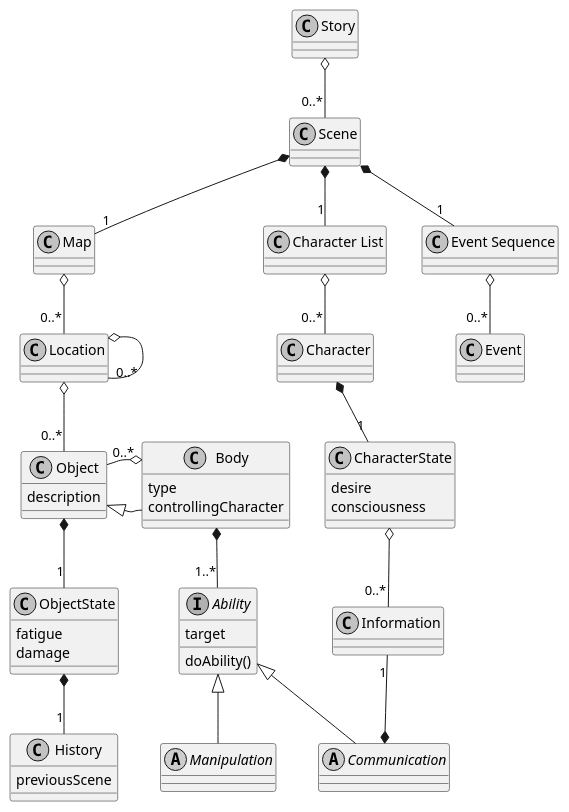
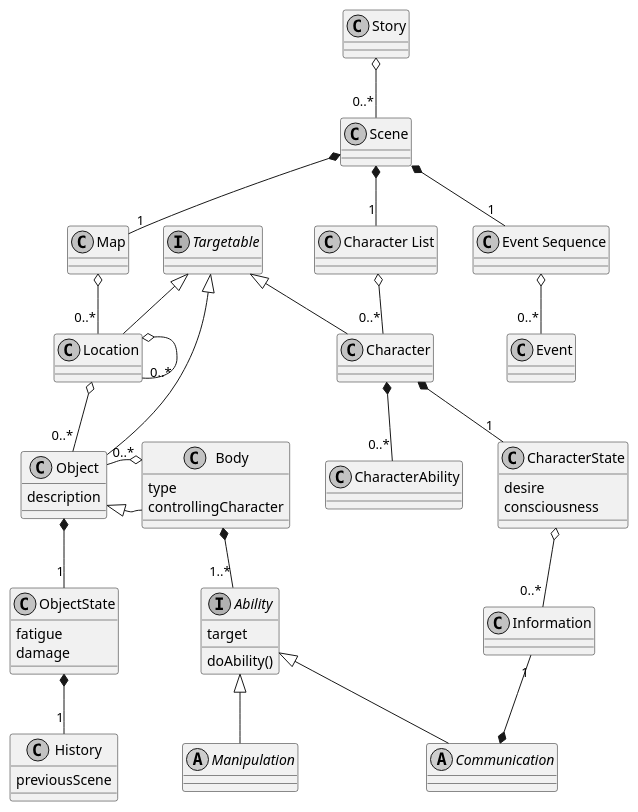
One commit to voxelv/opinunanen changed the diagram in story.puml. Above: the diagram before and after it, drawn with PlantUML. The commit also changed 21 other files, not shown here.

```diff
--- a/story.puml
+++ b/story.puml
@@ -1,80 +1,82 @@
 @startuml
 skinparam shadowing false
 skinparam monochrome true
 
 'Classes
 class Story
 class Scene
 class Map
 class "Character List" as CL
 class "Event Sequence" as ES
 
 interface Targetable
 
 class Character
 class Event
 class Location
+class CharacterAbility
 
 class History {
 previousScene
 }
 
 class Object {
     description
 }
 class Body {
     type
     controllingCharacter
 }
 
 class ObjectState {
     fatigue
     damage
 }
 
 class CharacterState {
     desire
     consciousness
 }
 class Information
 
 interface Ability {
     target
     doAbility()
 }
 abstract Communication
 abstract Manipulation
 
 'Connections
 Story o-- "0..*" Scene
 
 Scene *-- "1" Map
 Scene *-- "1" CL
 Scene *-- "1" ES
 
-hide Targetable
+'hide Targetable
 Targetable <|-- Character
 Targetable <|-- Location
 Targetable <|-- Object
 
 Character *-- "1" CharacterState
+Character *-- "0..*" CharacterAbility
 CharacterState o-- "0..*" Information
 
 ObjectState *-- "1" History
 
 CL o-- "0..*" Character
 ES o-- "0..*" Event
 Map o-- "0..*" Location
 
 Location o-- "0..*" Object
 Location o-- "0..*" Location
 Object <|-- Body
 Body o- "0..*" Object
 
 Object *-- "1" ObjectState
 Body *-- "1..*" Ability
 Ability <|-- Communication
 Ability <|-- Manipulation
 Information "1" --* Communication
 
 @enduml
```
